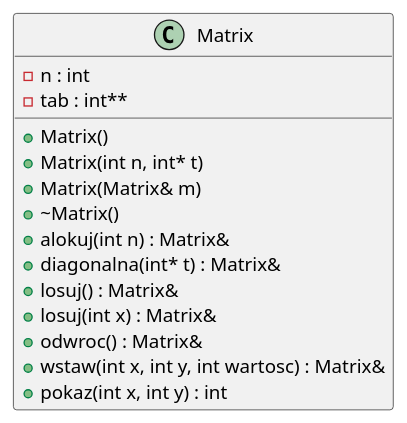
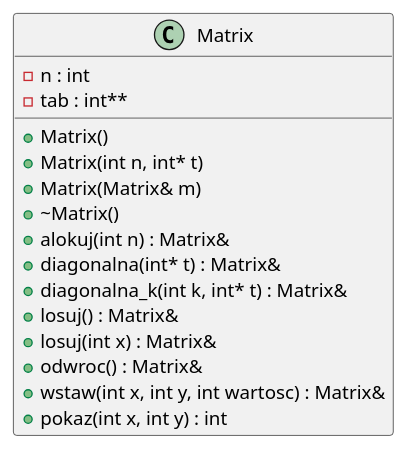
One commit to kluchoo/Matrix changed the diagram in inline_umlgraph_pnghtml.pu. Above: the diagram before and after it, drawn with PlantUML. The commit also changed 11 other files, not shown here.

```diff
--- a/inline_umlgraph_pnghtml.pu
+++ b/inline_umlgraph_pnghtml.pu
@@ -1,18 +1,19 @@
 @startuml inline_umlgraph_1.png
 class Matrix {
 -n : int
 -tab : int**
 +Matrix()
 +Matrix(int n, int* t)
 +Matrix(Matrix& m)
 +~Matrix()
 +alokuj(int n) : Matrix&
 +diagonalna(int* t) : Matrix&
++diagonalna_k(int k, int* t) : Matrix&
 +losuj() : Matrix&
 +losuj(int x) : Matrix&
 +odwroc() : Matrix&
 +wstaw(int x, int y, int wartosc) : Matrix&
 +pokaz(int x, int y) : int
 
 }
 @enduml
```
